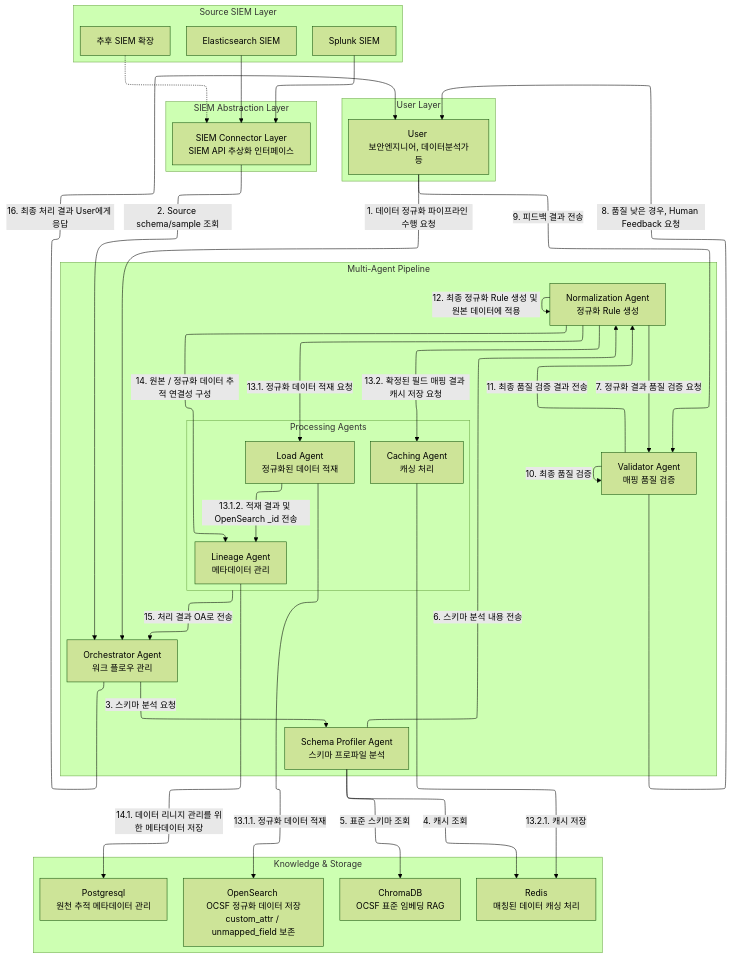
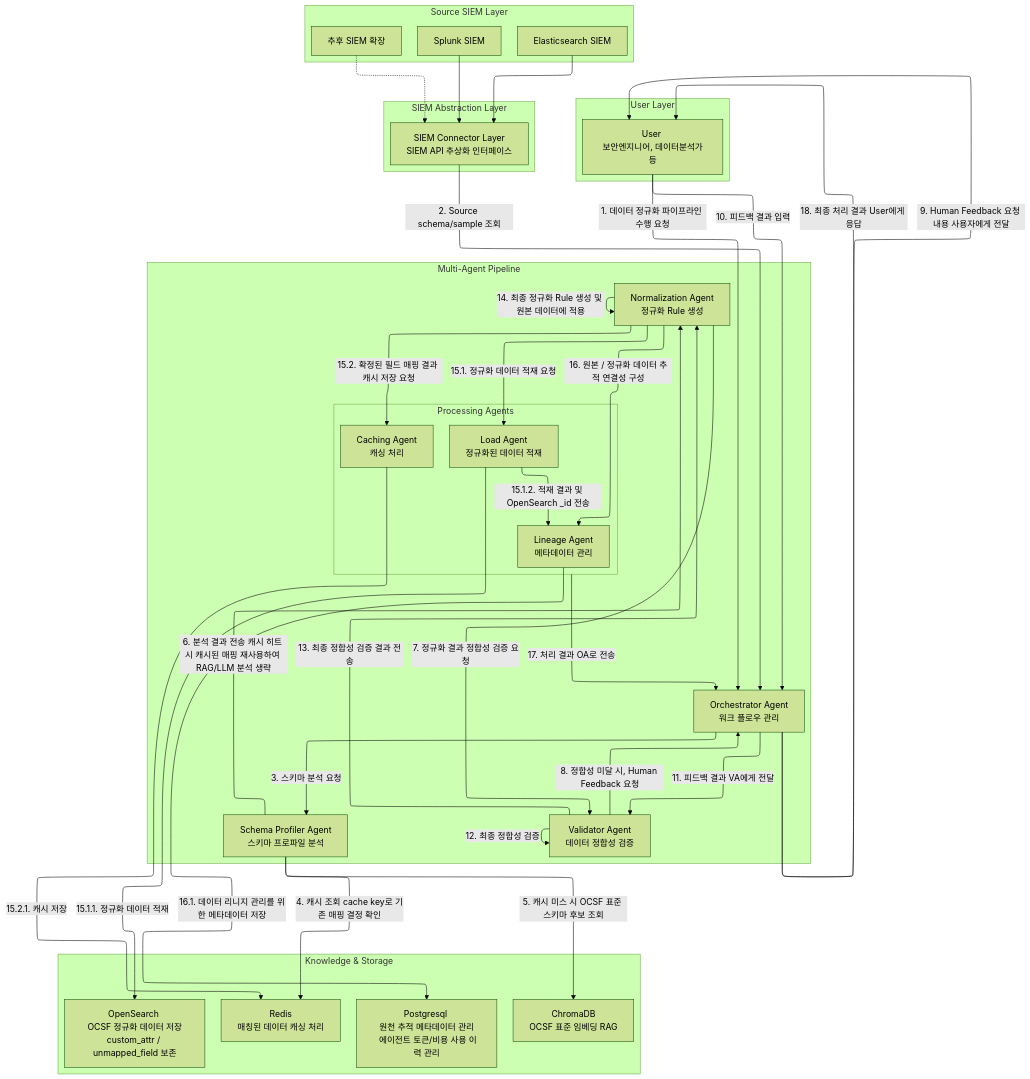
Before and after one commit to hobin01/ai-pro-scala-tui: the diagram in scala-docs/PRD.md, drawn with Mermaid (forest theme). The commit also changed other lines of this file and 11 other files, not shown here.

````diff
--- a/scala-docs/PRD.md
+++ b/scala-docs/PRD.md
@@ -117,69 +117,71 @@
 ```mermaid
 ---
 config:
   layout: elk
   elk:
     nodePlacementStrategy: LINEAR_SEGMENTS
     mergeEdges: true
 ---
 graph TD 
   subgraph SourceSIEM [Source SIEM Layer]
     ES[Elasticsearch SIEM] 
     SP[Splunk SIEM] 
     FUTURE[추후 SIEM 확장] 
   end 
 
   subgraph UserLayer [User Layer]
     US[User <br/> 보안엔지니어, 데이터분석가 등 ]
   end
 
   subgraph SIEMAbstraction [SIEM Abstraction Layer]
     CL[SIEM Connector Layer <br/> SIEM API 추상화 인터페이스] 
   end 
 
   subgraph MultiAgent [Multi-Agent Pipeline]
     OA[Orchestrator Agent <br/> 워크 플로우 관리] 
     PA[Schema Profiler Agent <br/> 스키마 프로파일 분석] 
     NA[Normalization Agent <br/> 정규화 Rule 생성] 
-    VA[Validator Agent <br/> 매핑 품질 검증] 
+    VA[Validator Agent <br/> 데이터 정합성 검증] 
     %% LO / CA / LA 를 하위 박스로 묶음
     subgraph ProcAgents [Processing Agents]
       LO[Load Agent <br/> 정규화된 데이터 적재]
       CA[Caching Agent <br/> 캐싱 처리]
       LA[Lineage Agent <br/> 메타데이터 관리] 
     end
   end 
 
   subgraph StorageLayer [Knowledge & Storage]
     RAG[ChromaDB <br/> OCSF 표준 임베딩 RAG] 
     RD[Redis <br/> 매칭된 데이터 캐싱 처리] 
     OS[OpenSearch <br/> OCSF 정규화 데이터 저장 custom_attr / unmapped_field 보존] 
-    PO[Postgresql <br/> 원천 추적 메타데이터 관리] 
+    PO[Postgresql <br/> 원천 추적 메타데이터 관리 <br/> 에이전트 토큰/비용 사용 이력 관리] 
   end 
   
   ES --> CL 
   SP --> CL 
   FUTURE -.-> CL 
   US --> |1. 데이터 정규화 파이프라인 수행 요청| OA
   CL --> |2. Source schema/sample 조회| OA 
   OA --> |3. 스키마 분석 요청| PA 
-  PA --> |4. 캐시 조회| RD 
-  PA --> |5. 표준 스키마 조회| RAG 
-  PA --> |6. 스키마 분석 내용 전송| NA 
-  NA --> |7. 정규화 결과 품질 검증 요청| VA 
-  VA --> |8. 품질 낮은 경우, Human Feedback 요청| US
-  US --> |9. 피드백 결과 전송| VA
-  VA --> |10. 최종 품질 검증| VA
-  VA --> |11. 최종 품질 검증 결과 전송| NA
-  NA --> |12. 최종 정규화 Rule 생성 및 원본 데이터에 적용|NA
-  NA --> |13.1. 정규화 데이터 적재 요청| LO 
-  LO --> |13.1.1. 정규화 데이터 적재| OS
-  LO --> |13.1.2. 적재 결과 및 OpenSearch _id 전송| LA
-  NA --> |13.2. 확정된 필드 매핑 결과 캐시 저장 요청| CA
-  CA --> |13.2.1. 캐시 저장|RD
-  NA --> |14. 원본 / 정규화 데이터 추적 연결성 구성| LA 
-  LA --> |14.1. 데이터 리니지 관리를 위한 메타데이터 저장| PO
+  PA --> |4. 캐시 조회 cache key로 기존 매핑 결정 확인| RD 
+  PA --> |5. 캐시 미스 시 OCSF 표준 스키마 후보 조회| RAG 
+  PA --> |6. 분석 결과 전송 캐시 히트 시 캐시된 매핑 재사용하여 RAG/LLM 분석 생략| NA 
+  NA --> |7. 정규화 결과 정합성 검증 요청| VA 
+  VA --> |8. 정합성 미달 시, Human Feedback 요청| OA
+  OA --> |9. Human Feedback 요청 내용 사용자에게 전달| US
+  US --> |10. 피드백 결과 입력| OA
+  OA --> |11. 피드백 결과 VA에게 전달| VA
+  VA --> |12. 최종 정합성 검증| VA
+  VA --> |13. 최종 정합성 검증 결과 전송| NA
+  NA --> |14. 최종 정규화 Rule 생성 및 원본 데이터에 적용|NA
+  NA --> |15.1. 정규화 데이터 적재 요청| LO 
+  LO --> |15.1.1. 정규화 데이터 적재| OS
+  LO --> |15.1.2. 적재 결과 및 OpenSearch _id 전송| LA
+  NA --> |15.2. 확정된 필드 매핑 결과 캐시 저장 요청| CA
+  CA --> |15.2.1. 캐시 저장|RD
+  NA --> |16. 원본 / 정규화 데이터 추적 연결성 구성| LA 
+  LA --> |16.1. 데이터 리니지 관리를 위한 메타데이터 저장| PO
   %% 세 개의 결과 전송 엣지를 박스 -> OA 한 줄로 통합
-  ProcAgents --> |15. 처리 결과 OA로 전송| OA
-  OA --> |16. 최종 처리 결과 User에게 응답|US
+  ProcAgents --> |17. 처리 결과 OA로 전송| OA
+  OA --> |18. 최종 처리 결과 User에게 응답|US
 ```
````
